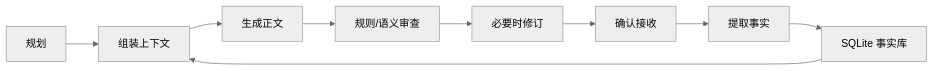
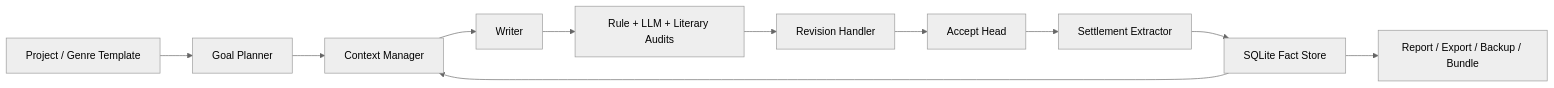
One commit to Bingtuu/Songyan changed the diagram in README.md. Above: the diagram before and after it, drawn with Mermaid (neutral theme). The commit also changed other lines of this file and 1013 other files, not shown here.

````diff
--- a/README.md
+++ b/README.md
@@ -132,11 +145,13 @@
 ```mermaid
 flowchart LR
-    Plan["规划"] --> Context["组装上下文"]
-    Context --> Draft["生成正文"]
-    Draft --> Review["规则/语义审查"]
-    Review --> Revise["必要时修订"]
-    Revise --> Accept["确认接收"]
-    Accept --> Extract["提取事实"]
-    Extract --> DB["SQLite 事实库"]
+    Project["Project / Genre Template"] --> Planner["Goal Planner"]
+    Planner --> Context["Context Manager"]
+    Context --> Writer["Writer"]
+    Writer --> Audits["Rule + LLM + Literary Audits"]
+    Audits --> Revision["Revision Handler"]
+    Revision --> Accept["Accept Head"]
+    Accept --> Settlement["Settlement Extractor"]
+    Settlement --> DB["SQLite Fact Store"]
     DB --> Context
+    DB --> Report["Report / Export / Backup / Bundle"]
 ```
````
